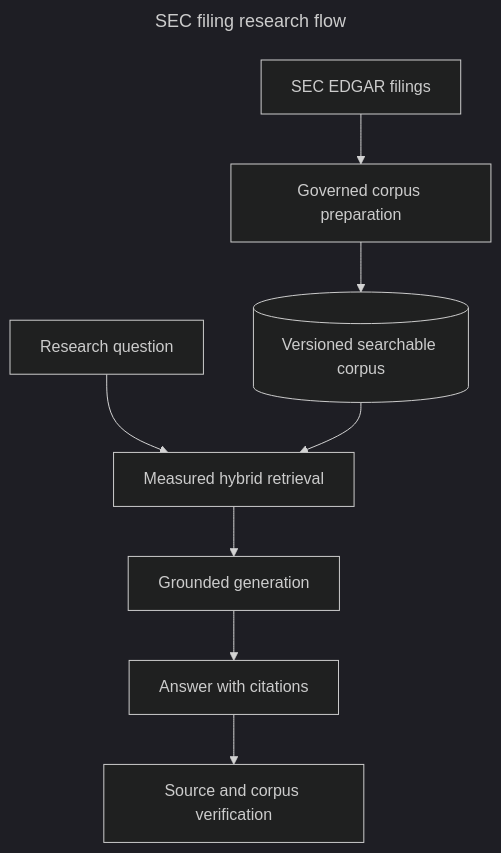
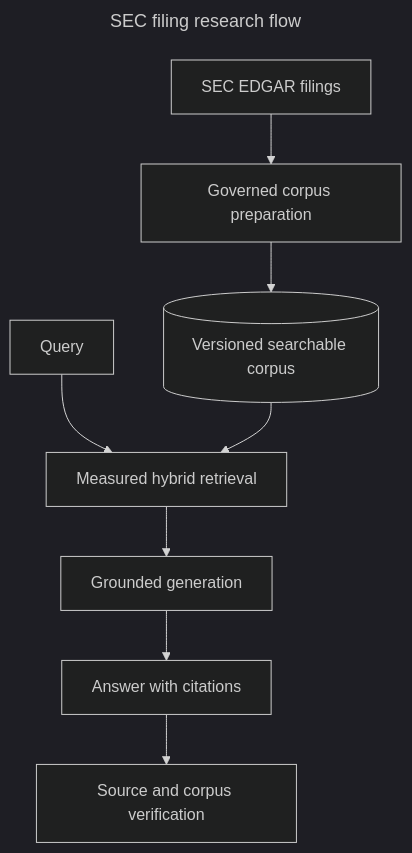
One commit to hongchit/sec-filing-rag-poc changed the diagram in README.md. Above: the diagram before and after it, drawn with Mermaid (dark theme). The commit also changed other lines of this file and 87 other files, not shown here.

````diff
--- a/README.md
+++ b/README.md
@@ -92,13 +92,13 @@
 ```mermaid
 ---
 title: SEC filing research flow
 ---
 flowchart TD
   SEC[SEC EDGAR filings] --> P[Governed corpus preparation]
   P --> C[(Versioned searchable corpus)]
-  Q[Research question] --> R[Measured hybrid retrieval]
+  Q[Query] --> R[Measured hybrid retrieval]
   C --> R
   R --> G[Grounded generation]
   G --> A[Answer with citations]
   A --> V[Source and corpus verification]
 ```
````
